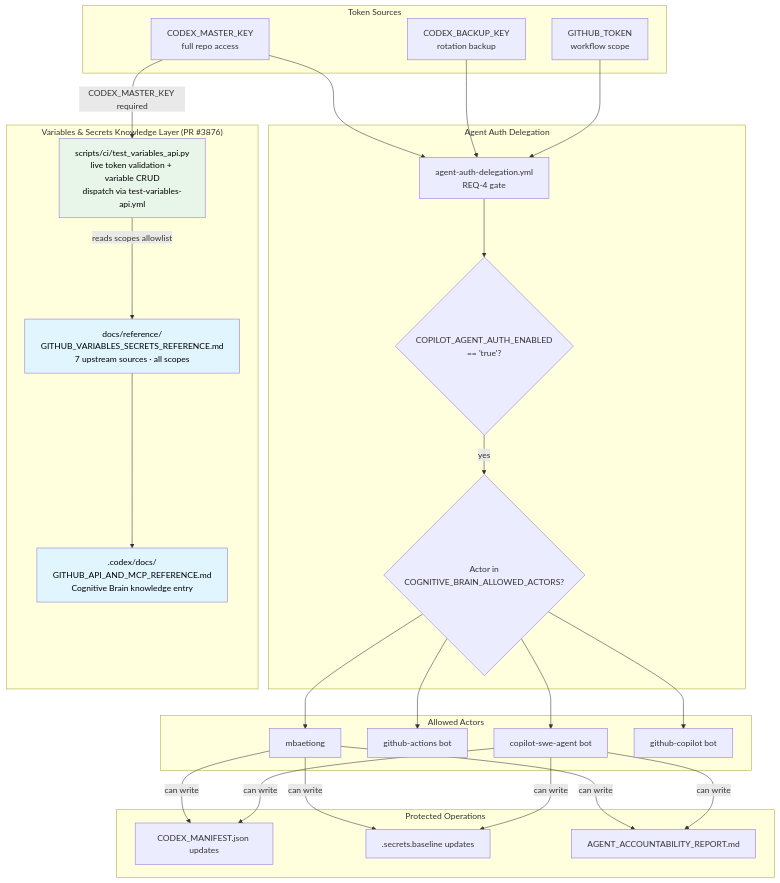
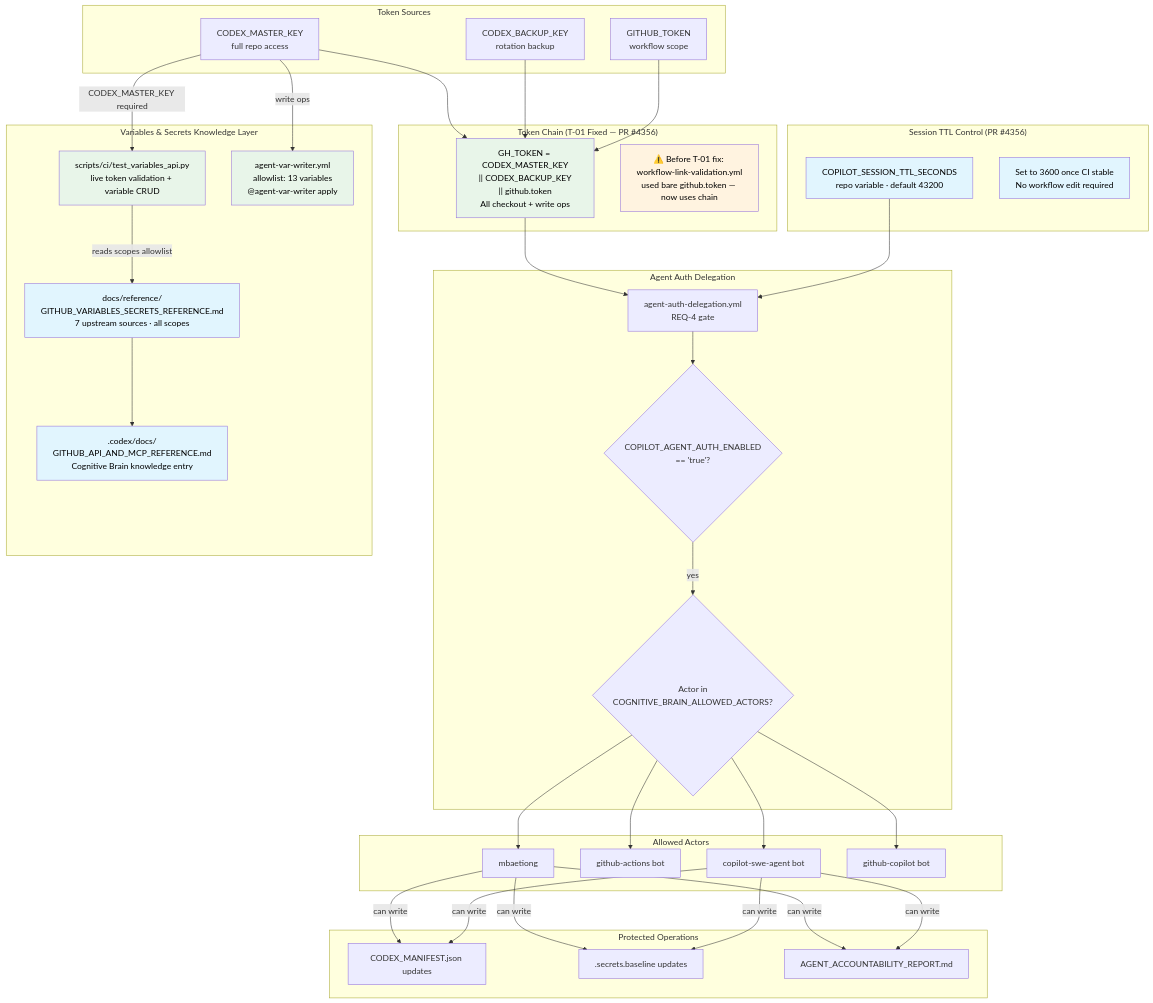
Diagram 11 of 16 in docs/CODEBASE_MERMAID_MAPS.md (Aries-Serpent/_codex_), drawn with Mermaid before and after one commit. The commit also changed other lines of this file and 7 other files, not shown here.

First line of the commit message:
docs(S873): codebase-wide doc sweep — CODEBASE_MERMAID_MAPS v1.2.0, cognitive brain Phase 9 diagrams, ROADMAP, arch diagrams, dashboard, task tracker, CB index

````diff
--- a/docs/CODEBASE_MERMAID_MAPS.md
+++ b/docs/CODEBASE_MERMAID_MAPS.md
@@ -373,47 +406,66 @@
 ```mermaid
 flowchart TD
     subgraph "Token Sources"
         MK[CODEX_MASTER_KEY\nfull repo access]
         BK[CODEX_BACKUP_KEY\nrotation backup]
         GT[GITHUB_TOKEN\nworkflow scope]
+    end
+
+    subgraph "Token Chain (T-01 Fixed — PR #4356)"
+        CHAIN["GH_TOKEN = CODEX_MASTER_KEY\n|| CODEX_BACKUP_KEY\n|| github.token\nAll checkout + write ops"]
+        T01_NOTE["⚠️ Before T-01 fix: workflow-link-validation.yml\nused bare github.token — now uses chain"]
+    end
+
+    subgraph "Session TTL Control (PR #4356)"
+        TTL_VAR[COPILOT_SESSION_TTL_SECONDS\nrepo variable · default 43200]
+        TTL_NOTE["Set to 3600 once CI stable\nNo workflow edit required"]
     end
 
     subgraph "Agent Auth Delegation"
         AAD[agent-auth-delegation.yml\nREQ-4 gate]
         AUTH_CHECK{COPILOT_AGENT_AUTH_ENABLED\n== 'true'?}
         ALLOWED{Actor in\nCOGNITIVE_BRAIN_ALLOWED_ACTORS?}
     end
 
     subgraph "Allowed Actors"
         MB[mbaetiong]
         GA[github-actions bot]
         CS[copilot-swe-agent bot]
         GH[github-copilot bot]
     end
 
     subgraph "Protected Operations"
         MANIFEST[CODEX_MANIFEST.json updates]
         BASELINE[.secrets.baseline updates]
         REPORT[AGENT_ACCOUNTABILITY_REPORT.md]
     end
 
-    subgraph "Variables & Secrets Knowledge Layer (PR #3876)"
+    subgraph "Variables & Secrets Knowledge Layer"
         VARS_REF[docs/reference/\nGITHUB_VARIABLES_SECRETS_REFERENCE.md\n7 upstream sources · all scopes]
         CB_REF[.codex/docs/\nGITHUB_API_AND_MCP_REFERENCE.md\nCognitive Brain knowledge entry]
-        VAR_TEST[scripts/ci/test_variables_api.py\nlive token validation + variable CRUD\ndispatch via test-variables-api.yml]
+        VAR_TEST[scripts/ci/test_variables_api.py\nlive token validation + variable CRUD]
+        VAR_WRITER[agent-var-writer.yml\nallowlist: 13 variables\n@agent-var-writer apply]
     end
 
-    MK & BK --> AAD
-    GT --> AAD
+    MK & BK --> CHAIN
+    GT --> CHAIN
+    CHAIN --> AAD
+    TTL_VAR --> AAD
     AAD --> AUTH_CHECK
     AUTH_CHECK -->|yes| ALLOWED
     ALLOWED --> MB & GA & CS & GH
     MB & CS -->|can write| MANIFEST & BASELINE & REPORT
     MK -->|CODEX_MASTER_KEY required| VAR_TEST
     VAR_TEST -->|reads scopes allowlist| VARS_REF
     VARS_REF --> CB_REF
+    MK -->|write ops| VAR_WRITER
 
+    style CHAIN fill:#e8f5e9,color:#000
+    style T01_NOTE fill:#fff3e0,color:#000
+    style TTL_VAR fill:#e1f5fe,color:#000
+    style TTL_NOTE fill:#e1f5fe,color:#000
     style VARS_REF fill:#e1f5fe,color:#000
     style CB_REF fill:#e1f5fe,color:#000
     style VAR_TEST fill:#e8f5e9,color:#000
+    style VAR_WRITER fill:#e8f5e9,color:#000
 ```
````
